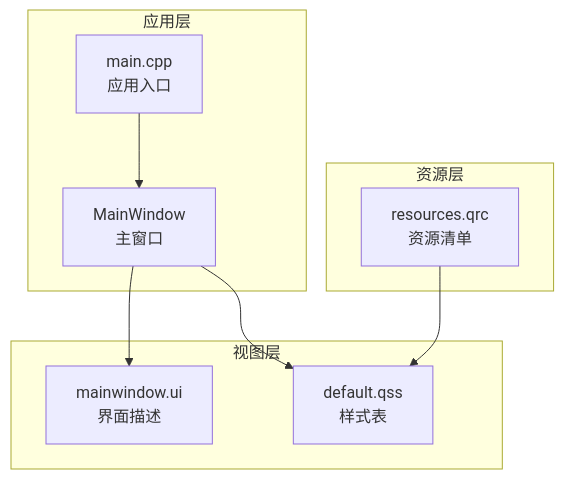
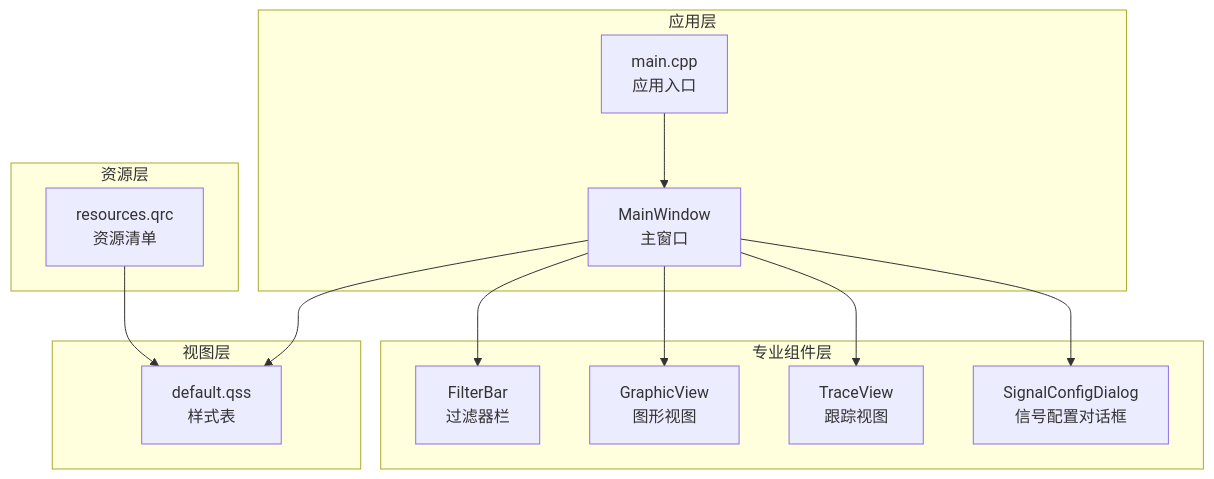
One commit to jakecai1225-design/OpenBus changed the second of 11 diagrams in .qoder/repowiki/zh/content/架构设计/UI系统设计.md. Above: the diagram before and after it, drawn with Mermaid. The commit also changed other lines of this file and 31 other files, not shown here.

````diff
--- a/.qoder/repowiki/zh/content/架构设计/UI系统设计.md
+++ b/.qoder/repowiki/zh/content/架构设计/UI系统设计.md
@@ -95,18 +114,26 @@
 ```mermaid
 graph TB
 subgraph "应用层"
 M["main.cpp<br/>应用入口"]
 MW["MainWindow<br/>主窗口"]
 end
+subgraph "专业组件层"
+FB["FilterBar<br/>过滤器栏"]
+GV["GraphicView<br/>图形视图"]
+TV["TraceView<br/>跟踪视图"]
+SCD["SignalConfigDialog<br/>信号配置对话框"]
+end
 subgraph "视图层"
-UI["mainwindow.ui<br/>界面描述"]
 QSS["default.qss<br/>样式表"]
 end
 subgraph "资源层"
 QRC["resources.qrc<br/>资源清单"]
 end
 M --> MW
-MW --> UI
+MW --> FB
+MW --> GV
+MW --> TV
+MW --> SCD
 MW --> QSS
 QRC --> QSS
 ```
````
